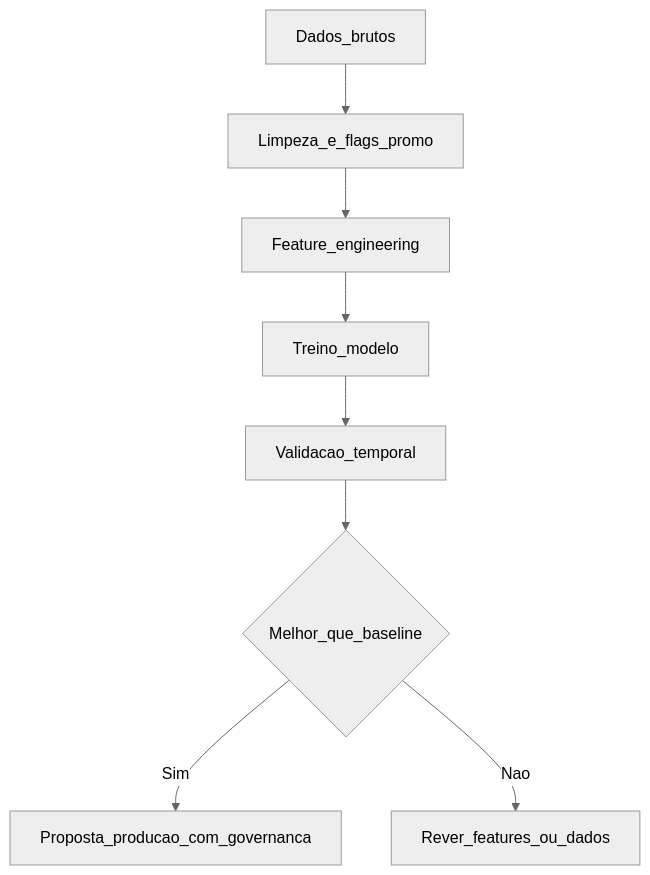
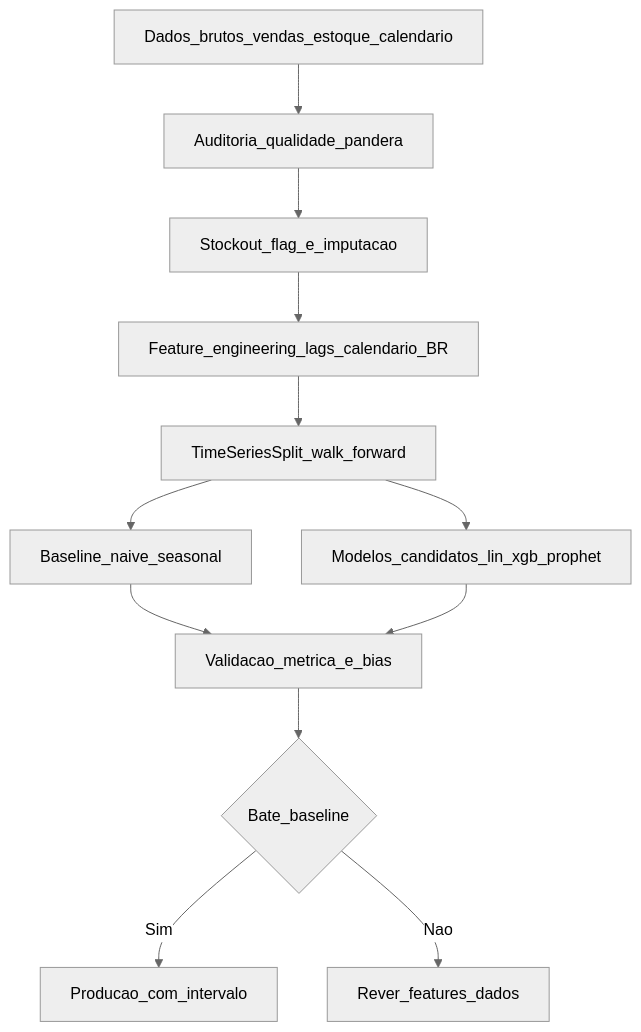
The second of 2 diagrams in aulas/trilha-automacao-e-digitalizacao/modulo-03-ai-aplicada-supply-chain/aula-01-supervisionado-previsao-demanda-intro.md (cleberhensel/logisticon-academy), drawn with Mermaid (neutral theme) before and after one commit. The commit also changed other lines of this file and 122 other files, not shown here.

````diff
--- a/aulas/trilha-automacao-e-digitalizacao/modulo-03-ai-aplicada-supply-chain/aula-01-supervisionado-previsao-demanda-intro.md
+++ b/aulas/trilha-automacao-e-digitalizacao/modulo-03-ai-aplicada-supply-chain/aula-01-supervisionado-previsao-demanda-intro.md
@@ -44,12 +99,22 @@
 ```mermaid
 flowchart TD
-  D[Dados_brutos]
-  C[Limpeza_e_flags_promo]
-  F[Feature_engineering]
-  T[Treino_modelo]
-  V[Validacao_temporal]
-  M{Melhor_que_baseline}
-  M -->|Sim| P[Proposta_producao_com_governanca]
-  M -->|Nao| R[Rever_features_ou_dados]
-  D --> C --> F --> T --> V --> M
+  D[Dados_brutos_vendas_estoque_calendario]
+  Q[Auditoria_qualidade_pandera]
+  S[Stockout_flag_e_imputacao]
+  F[Feature_engineering_lags_calendario_BR]
+  T[TimeSeriesSplit_walk_forward]
+  B[Baseline_naive_seasonal]
+  M[Modelos_candidatos_lin_xgb_prophet]
+  V[Validacao_metrica_e_bias]
+  C{Bate_baseline}
+  P[Producao_com_intervalo]
+  R[Rever_features_dados]
+  D --> Q --> S --> F --> T
+  T --> B
+  T --> M
+  B --> V
+  M --> V
+  V --> C
+  C -->|Sim| P
+  C -->|Nao| R
 ```
````
